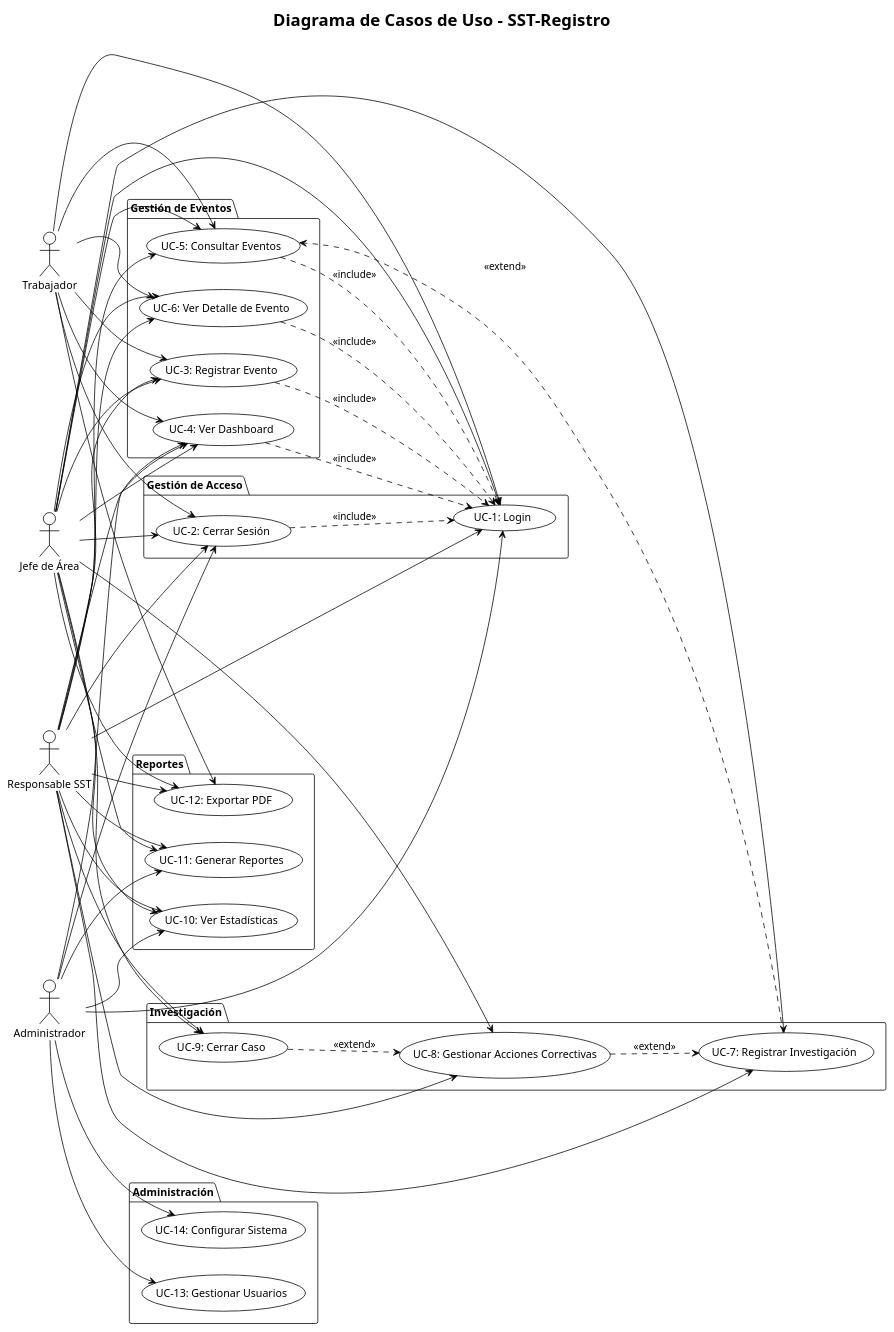
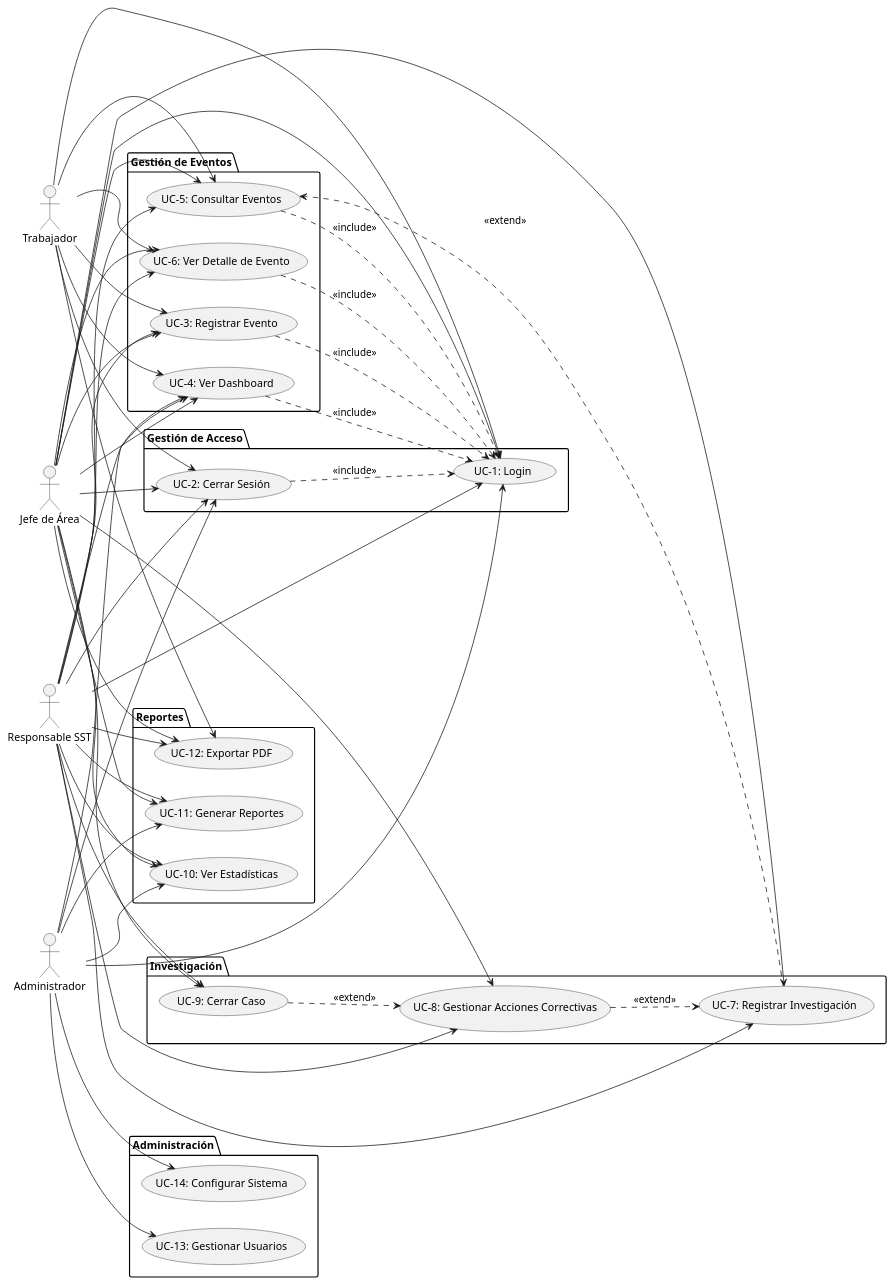
The diagram in planeacion/uml/01-casos-uso.puml (BrayanZR29/SST), drawn with PlantUML before and after one commit. The commit also changed 14 other files, not shown here.

```diff
--- a/planeacion/uml/01-casos-uso.puml
+++ b/planeacion/uml/01-casos-uso.puml
@@ -1,98 +1,88 @@
 @startuml CasosDeUso
-!theme plain
-
-title Diagrama de Casos de Uso - SST-Registro
-
 left to right direction
 
-' Actores
 actor Trabajador as t
 actor "Jefe de Área" as j
 actor "Responsable SST" as r
 actor Administrador as a
 
-' Casos de Uso
 package "Gestión de Acceso" {
     usecase "UC-1: Login" as login
     usecase "UC-2: Cerrar Sesión" as logout
 }
 
 package "Gestión de Eventos" {
     usecase "UC-3: Registrar Evento" as registrar
     usecase "UC-4: Ver Dashboard" as dashboard
     usecase "UC-5: Consultar Eventos" as consultar
     usecase "UC-6: Ver Detalle de Evento" as detalle
 }
 
 package "Investigación" {
     usecase "UC-7: Registrar Investigación" as investigar
     usecase "UC-8: Gestionar Acciones Correctivas" as acciones
     usecase "UC-9: Cerrar Caso" as cerrar
 }
 
 package "Reportes" {
     usecase "UC-10: Ver Estadísticas" as estadisticas
     usecase "UC-11: Generar Reportes" as reportes
     usecase "UC-12: Exportar PDF" as exportar
 }
 
 package "Administración" {
     usecase "UC-13: Gestionar Usuarios" as usuarios
     usecase "UC-14: Configurar Sistema" as configurar
 }
-
-' Relaciones Actor - Caso de Uso
 
 t --> login
 t --> logout
 t --> registrar
 t --> dashboard
 t --> consultar
 t --> detalle
 t --> exportar
 
 j --> login
 j --> logout
 j --> registrar
 j --> dashboard
 j --> consultar
 j --> detalle
 j --> investigar
 j --> acciones
 j --> cerrar
 j --> estadisticas
 j --> reportes
 j --> exportar
 
 r --> login
 r --> logout
 r --> dashboard
 r --> registrar
 r --> consultar
 r --> detalle
 r --> investigar
 r --> acciones
 r --> cerrar
 r --> estadisticas
 r --> reportes
 r --> exportar
 
 a --> login
 a --> logout
 a --> dashboard
 a --> estadisticas
 a --> reportes
 a --> usuarios
 a --> configurar
 
-' Extensiones e Include
 registrar ..> login : <<include>>
 logout ..> login : <<include>>
 dashboard ..> login : <<include>>
 consultar ..> login : <<include>>
 detalle ..> login : <<include>>
 investigar ..> consultar : <<extend>>
 acciones ..> investigar : <<extend>>
 cerrar ..> acciones : <<extend>>
-
 @enduml
```
